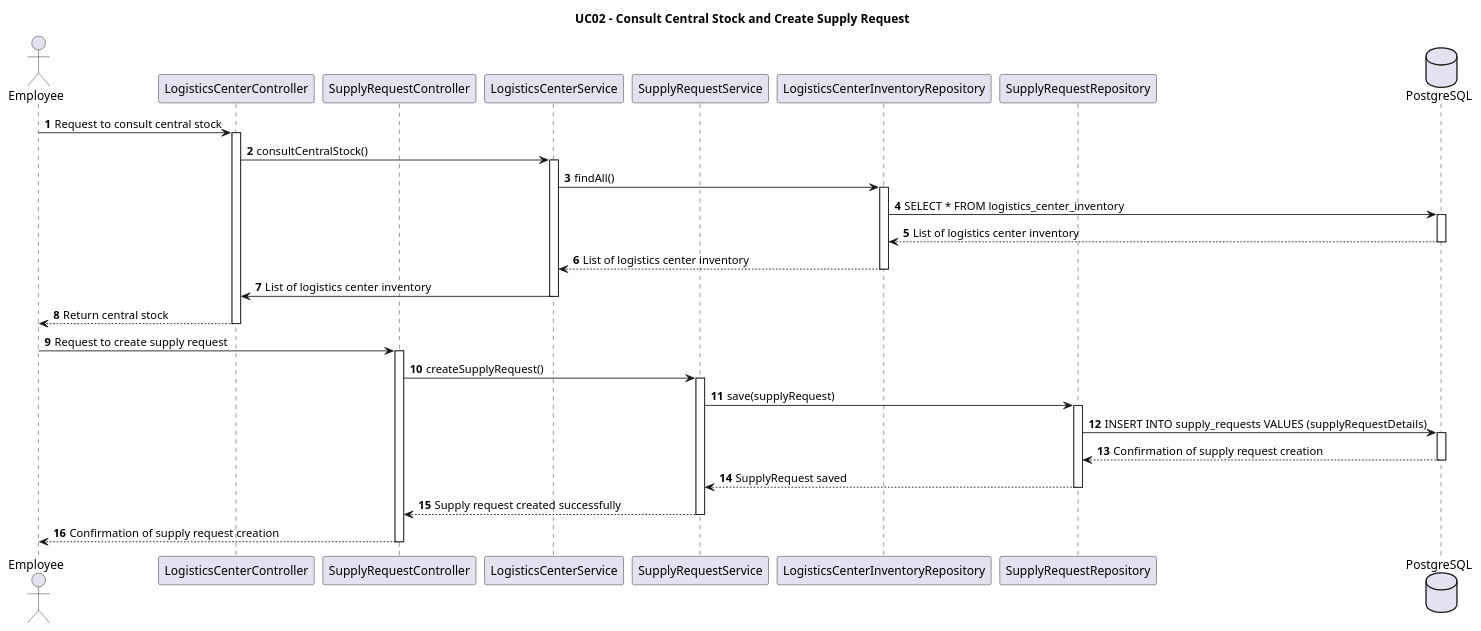
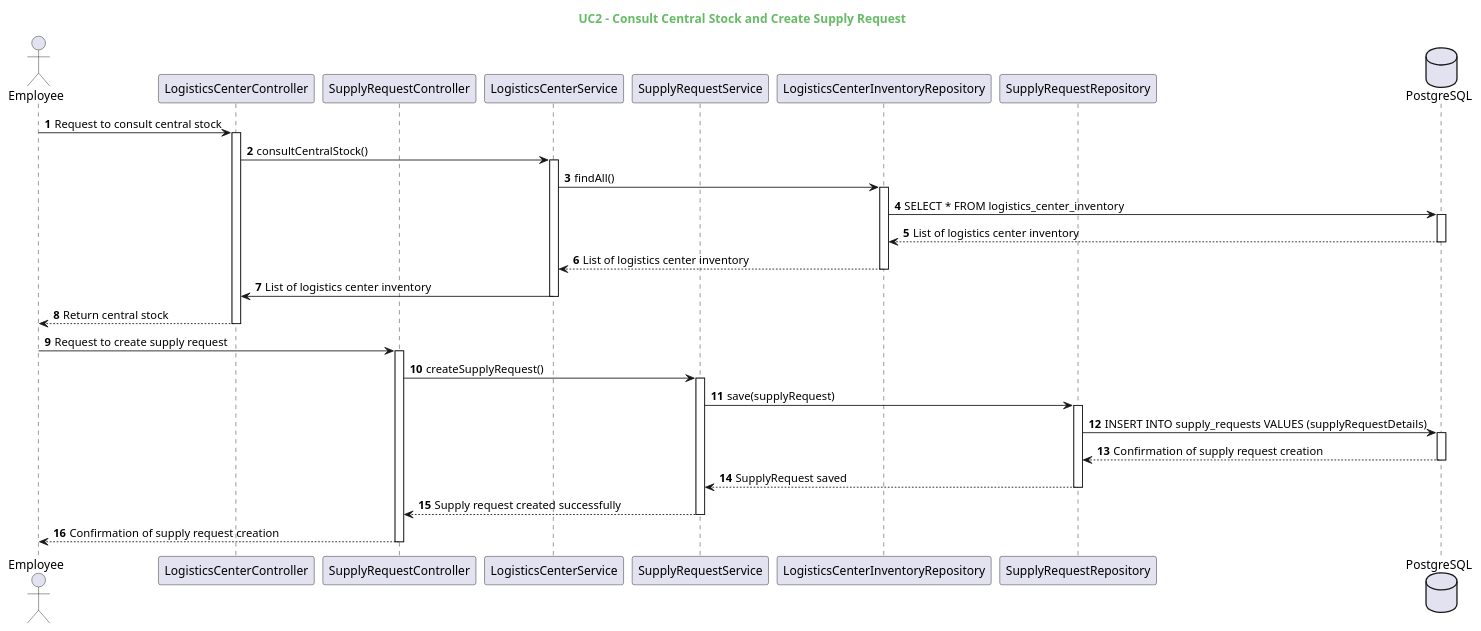
One commit to CharlesRa7/LOG430-Labs changed the diagram in docs/uml/sequence-diagrams/UC2.puml. Above: the diagram before and after it, drawn with PlantUML. The commit also changed 20 other files, not shown here.

Commit message:
feat: Sequence + Component Diagrams + Started UC2

```diff
--- a/docs/uml/sequence-diagrams/UC2.puml
+++ b/docs/uml/sequence-diagrams/UC2.puml
@@ -1,47 +1,51 @@
 @startuml
-title UC02 - Consult Central Stock and Create Supply Request
+skinparam title {
+  FontColor #66BB66
+}
+
+title UC2 - Consult Central Stock and Create Supply Request
 autonumber
 
 actor Employee as e
 participant "LogisticsCenterController" as lcc
 participant "SupplyRequestController" as src
 participant "LogisticsCenterService" as lcs
 participant "SupplyRequestService" as srs
 participant "LogisticsCenterInventoryRepository" as lcr
 participant "SupplyRequestRepository" as sr
 database "PostgreSQL" as db
 
 e -> lcc: Request to consult central stock
 activate lcc
 lcc -> lcs: consultCentralStock()
 activate lcs
 lcs -> lcr: findAll()
 activate lcr
 lcr -> db: SELECT * FROM logistics_center_inventory
 activate db
 db --> lcr: List of logistics center inventory
 deactivate db
 lcr --> lcs: List of logistics center inventory
 deactivate lcr
 lcs -> lcc: List of logistics center inventory
 deactivate lcs
 lcc --> e: Return central stock
 deactivate lcc
 e -> src: Request to create supply request
 activate src
 src -> srs: createSupplyRequest()
 activate srs
 srs-> sr: save(supplyRequest)
 activate sr
 sr -> db: INSERT INTO supply_requests VALUES (supplyRequestDetails)
 activate db
 db --> sr: Confirmation of supply request creation
 deactivate db
 sr --> srs: SupplyRequest saved
 deactivate sr
 srs --> src: Supply request created successfully
 deactivate srs
 src --> e: Confirmation of supply request creation
 deactivate src
 
 @enduml
```
